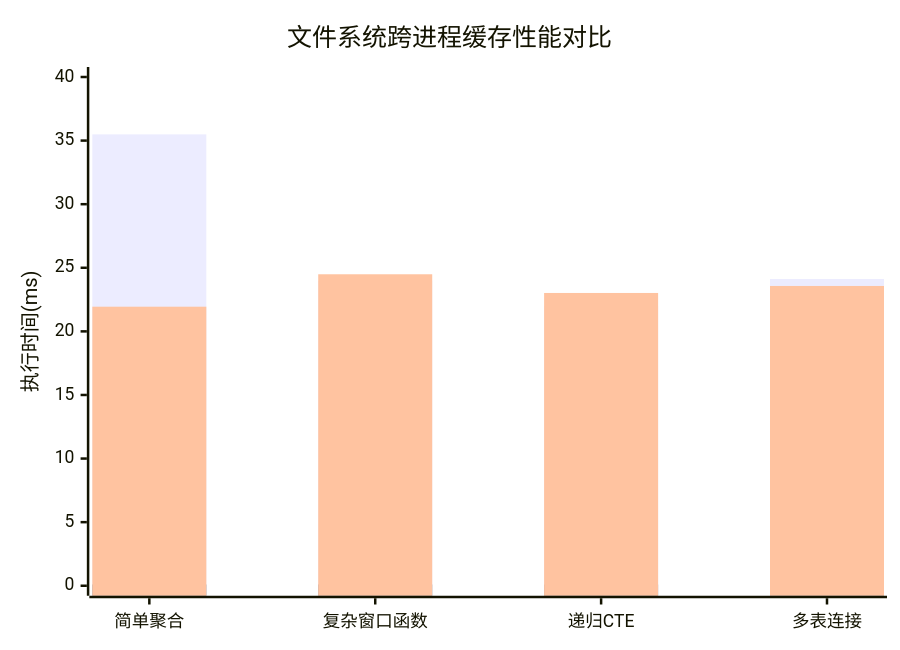
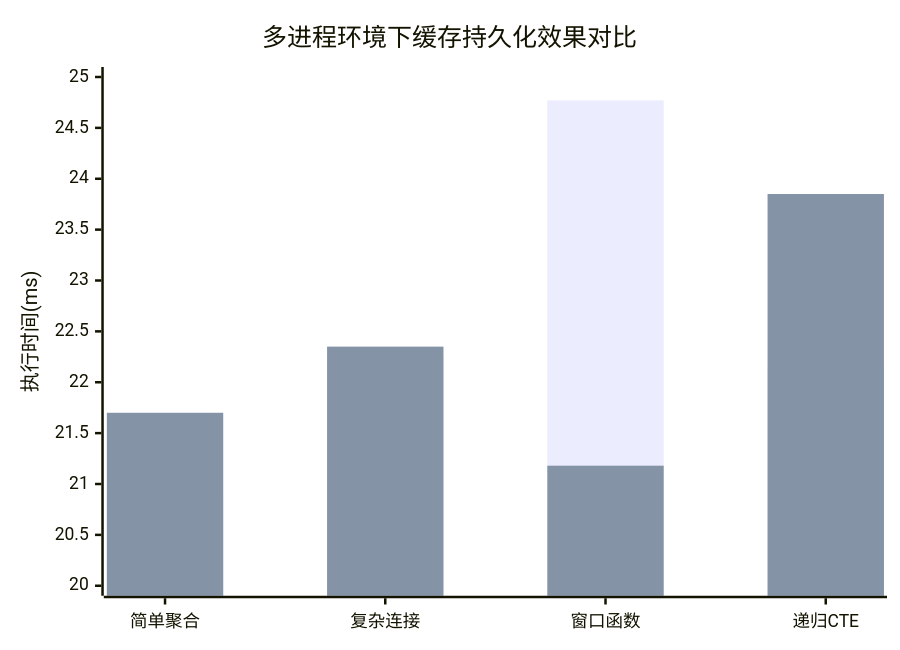
One commit to crazypenguincode/duckdb changed the diagram in md/images/5-图5.23 多进程环境下缓存持久化效果对比.mmd. Above: the diagram before and after it, drawn with Mermaid. The commit also changed 93 other files, not shown here.

```diff
--- a/md/images/5-图5.23 多进程环境下缓存持久化效果对比.mmd
+++ b/md/images/5-图5.23 多进程环境下缓存持久化效果对比.mmd
@@ -1,7 +1,6 @@
 xychart-beta
-    title "文件系统跨进程缓存性能对比"
-    x-axis ["简单聚合", "复杂窗口函数", "递归CTE", "多表连接"]
-    y-axis "执行时间(ms)" 0 --> 40
-    bar "首次执行" [35.49, 23.98, 22.00, 24.12]
-    bar "缓存读取" [0.10, 0.10, 0.10, 0.10]
-    bar "无缓存执行" [21.94, 24.49, 23.02, 23.57]
+    title "多进程环境下缓存持久化效果对比"
+    x-axis ["简单聚合", "复杂连接", "窗口函数", "递归CTE"]
+    y-axis "执行时间(ms)" 20 --> 25
+    bar "独立内存数据库" [20.89, 22.26, 24.77, 22.15]
+    bar "共享数据库文件" [21.70, 22.35, 21.18, 23.85]
```
